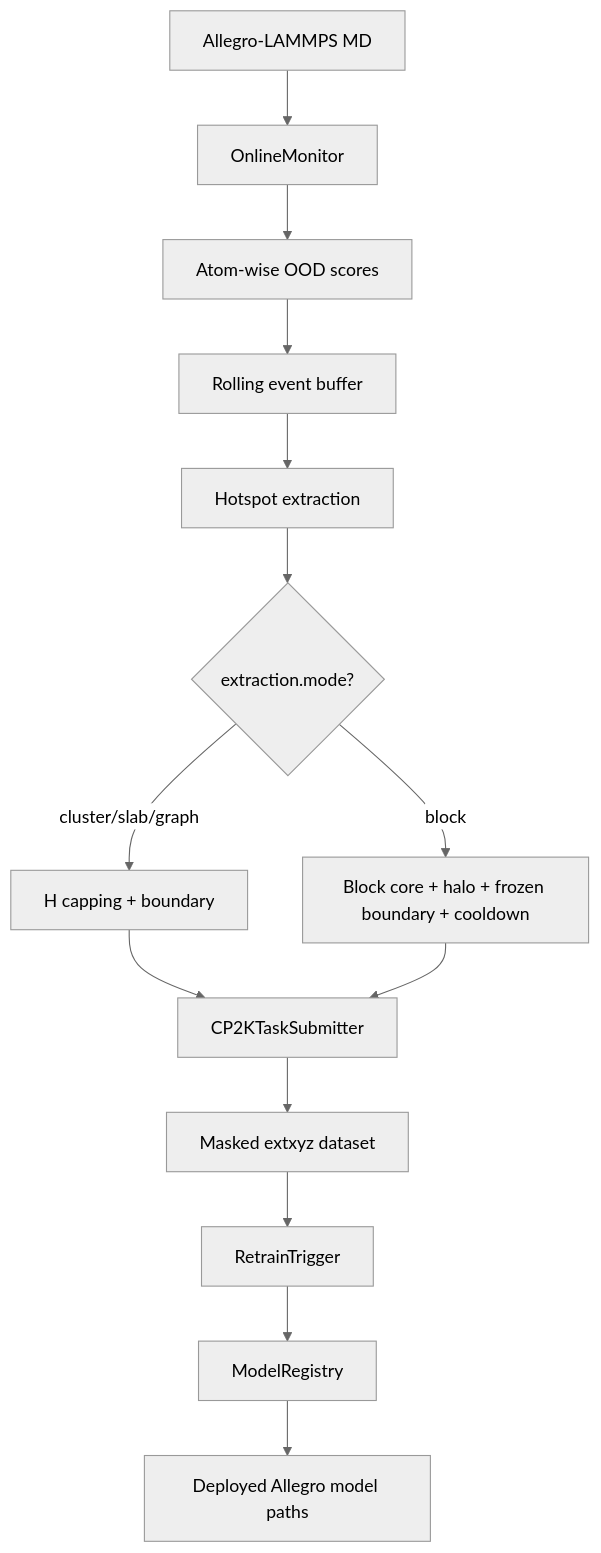
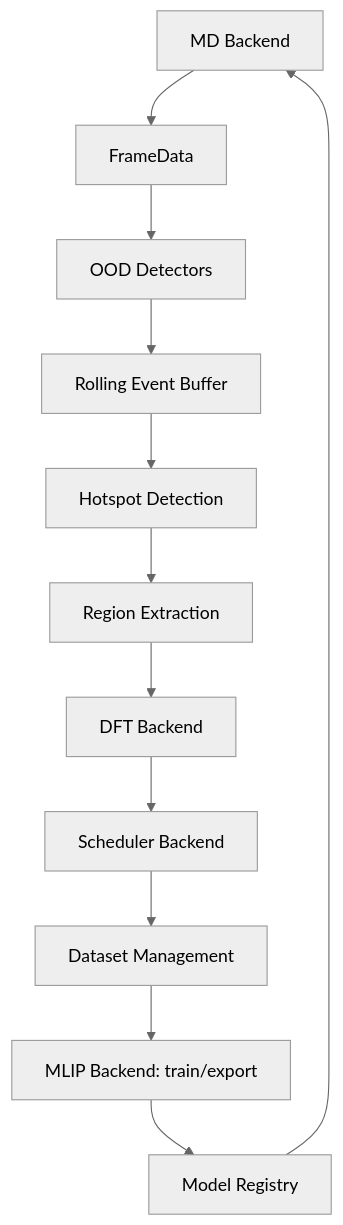
One commit to kiana-0423/lammps_monitor changed the diagram in README.md. Above: the diagram before and after it, drawn with Mermaid (neutral theme). The commit also changed other lines of this file and 32 other files, not shown here.

````diff
--- a/README.md
+++ b/README.md
@@ -61,16 +53,14 @@
 ```mermaid
 flowchart TD
-    A[Allegro-LAMMPS MD] --> B[OnlineMonitor]
-    B --> C[Atom-wise OOD scores]
-    C --> D[Rolling event buffer]
-    D --> E[Hotspot extraction]
-    E --> E1{extraction.mode?}
-    E1 -->|cluster/slab/graph| E2[H capping + boundary]
-    E1 -->|block| E3[Block core + halo + frozen boundary + cooldown]
-    E2 --> F[CP2KTaskSubmitter]
-    E3 --> F
-    F --> G[Masked extxyz dataset]
-    G --> H[RetrainTrigger]
-    H --> I[ModelRegistry]
-    I --> J[Deployed Allegro model paths]
+    MD[MD Backend] --> F[FrameData]
+    F --> O[OOD Detectors]
+    O --> B[Rolling Event Buffer]
+    B --> H[Hotspot Detection]
+    H --> X[Region Extraction]
+    X --> D[DFT Backend]
+    D --> S[Scheduler Backend]
+    S --> DS[Dataset Management]
+    DS --> R[MLIP Backend: train/export]
+    R --> M[Model Registry]
+    M --> MD
 ```
````
